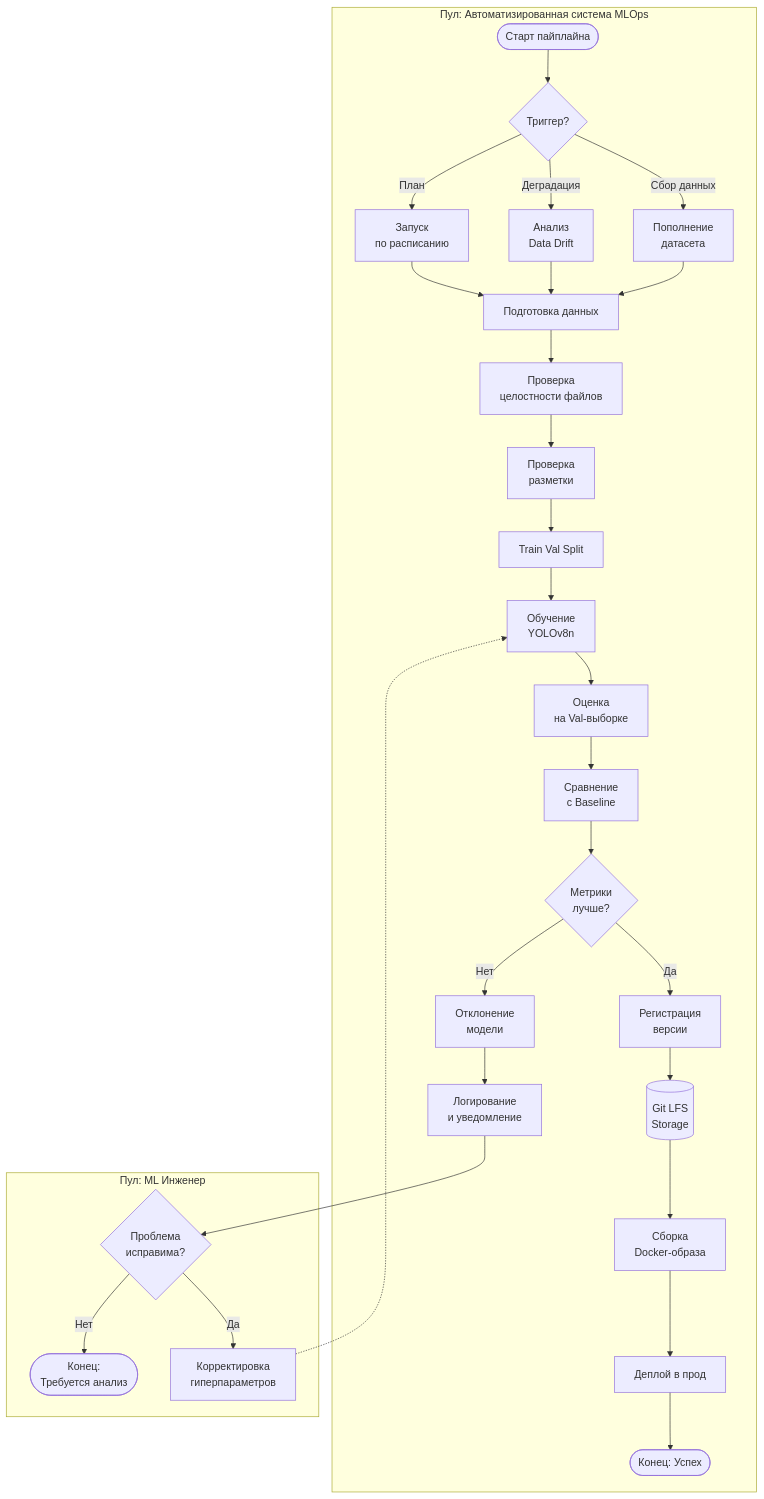
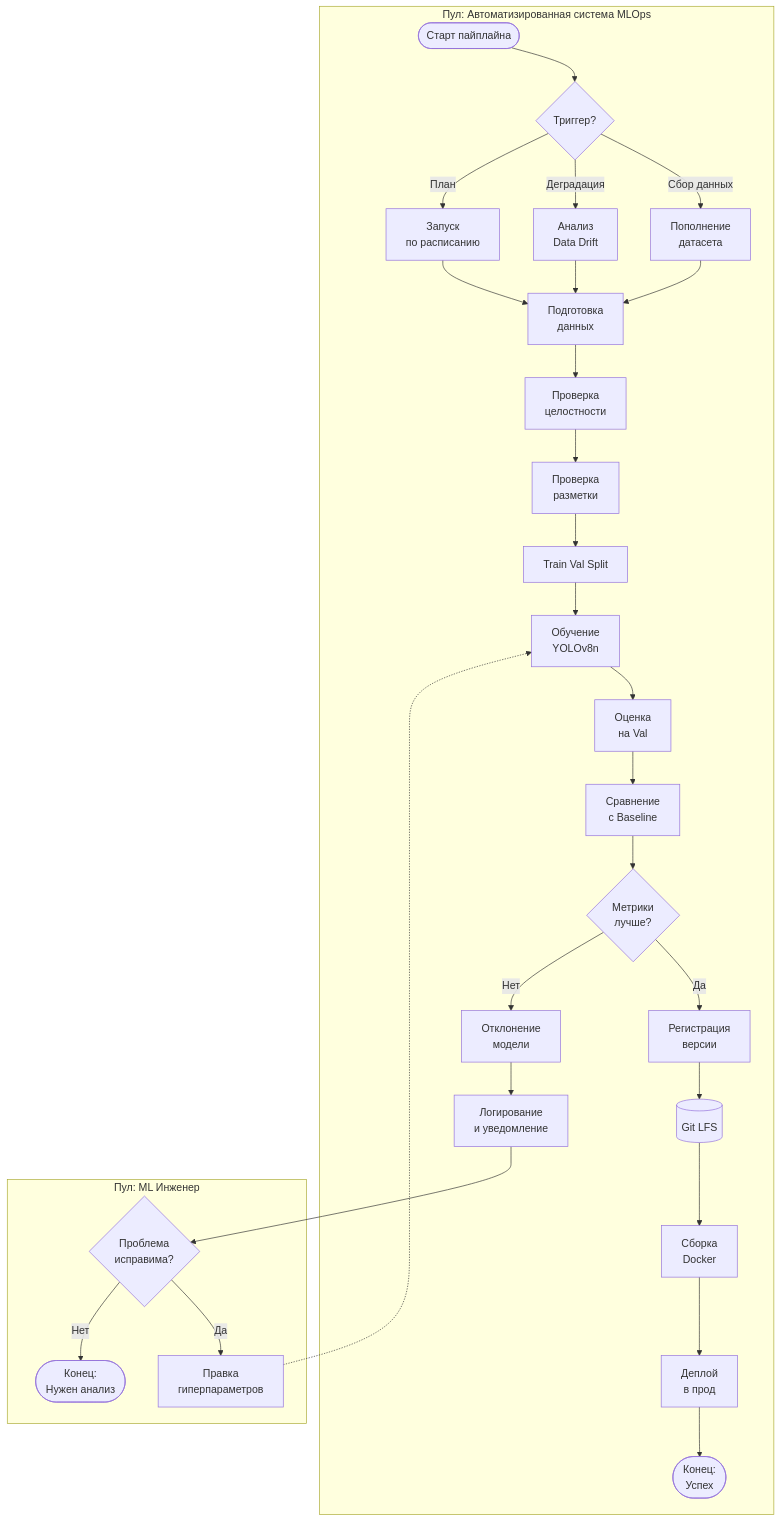
The diagram in docs/Model_retrain_BPMN.md (aunwaveringkh-art/Wheat_detection), drawn with Mermaid before and after one commit.

````diff
--- a/docs/Model_retrain_BPMN.md
+++ b/docs/Model_retrain_BPMN.md
@@ -5,44 +5,47 @@
 ```mermaid
 flowchart TD
     %% ПУЛ 1: Автоматизированная система
     subgraph Automation [Пул: Автоматизированная система MLOps]
         Start([Старт пайплайна]) --> Triggers{Триггер?}
         Triggers -->|Сбор данных| T1[Пополнение<br>датасета]
         Triggers -->|Деградация| T2[Анализ<br>Data Drift]
         Triggers -->|План| T3[Запуск<br>по расписанию]
         
         T1 --> DataPrep
         T2 --> DataPrep
         T3 --> DataPrep
         
-        DataPrep[Подготовка данных] --> ValidateFormat[Проверка<br>целостности файлов]
+        DataPrep[Подготовка<br>данных] --> ValidateFormat[Проверка<br>целостности]
         ValidateFormat --> ValidateLabels[Проверка<br>разметки]
         ValidateLabels --> SplitData[Train Val Split]
         
         SplitData --> TrainModel[Обучение<br>YOLOv8n]
-        TrainModel --> EvalModel[Оценка<br>на Val-выборке]
+        TrainModel --> EvalModel[Оценка<br>на Val]
         EvalModel --> CompareMetrics[Сравнение<br>с Baseline]
         
         CompareMetrics --> Gateway{Метрики<br>лучше?}
         
         %% Ветка успеха
         Gateway -->|Да| Register[Регистрация<br>версии]
-        Register --> LFS[(Git LFS<br>Storage)]
-        LFS --> BuildDocker[Сборка<br>Docker-образа]
-        BuildDocker --> Deploy[Деплой в прод]
-        Deploy --> EndSuccess([Конец: Успех])
+        Register --> LFS[(Git LFS)]
+        LFS --> BuildDocker[Сборка<br>Docker]
+        BuildDocker --> Deploy[Деплой<br>в прод]
+        Deploy --> EndSuccess([Конец:<br>Успех])
         
         %% Ветка провала
         Gateway -->|Нет| Reject[Отклонение<br>модели]
         Reject --> Log[Логирование<br>и уведомление]
     end
 
     %% ПУЛ 2: Человек
     subgraph Human [Пул: ML Инженер]
         Log --> Decision{Проблема<br>исправима?}
-        Decision -->|Да| Retry[Корректировка<br>гиперпараметров]
-        Decision -->|Нет| EndFail([Конец:<br>Требуется анализ])
+        
+        Decision -->|Да| Retry[Правка<br>гиперпараметров]
+        Decision -->|Нет| EndFail([Конец:<br>Нужен анализ])
     end
     
+    Automation ~~~ Human
+
     Retry -.-> TrainModel
 ```
````
